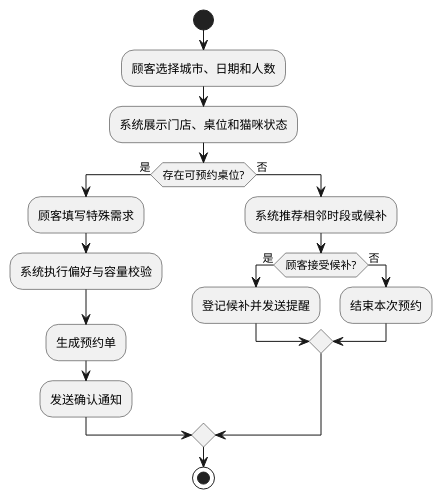
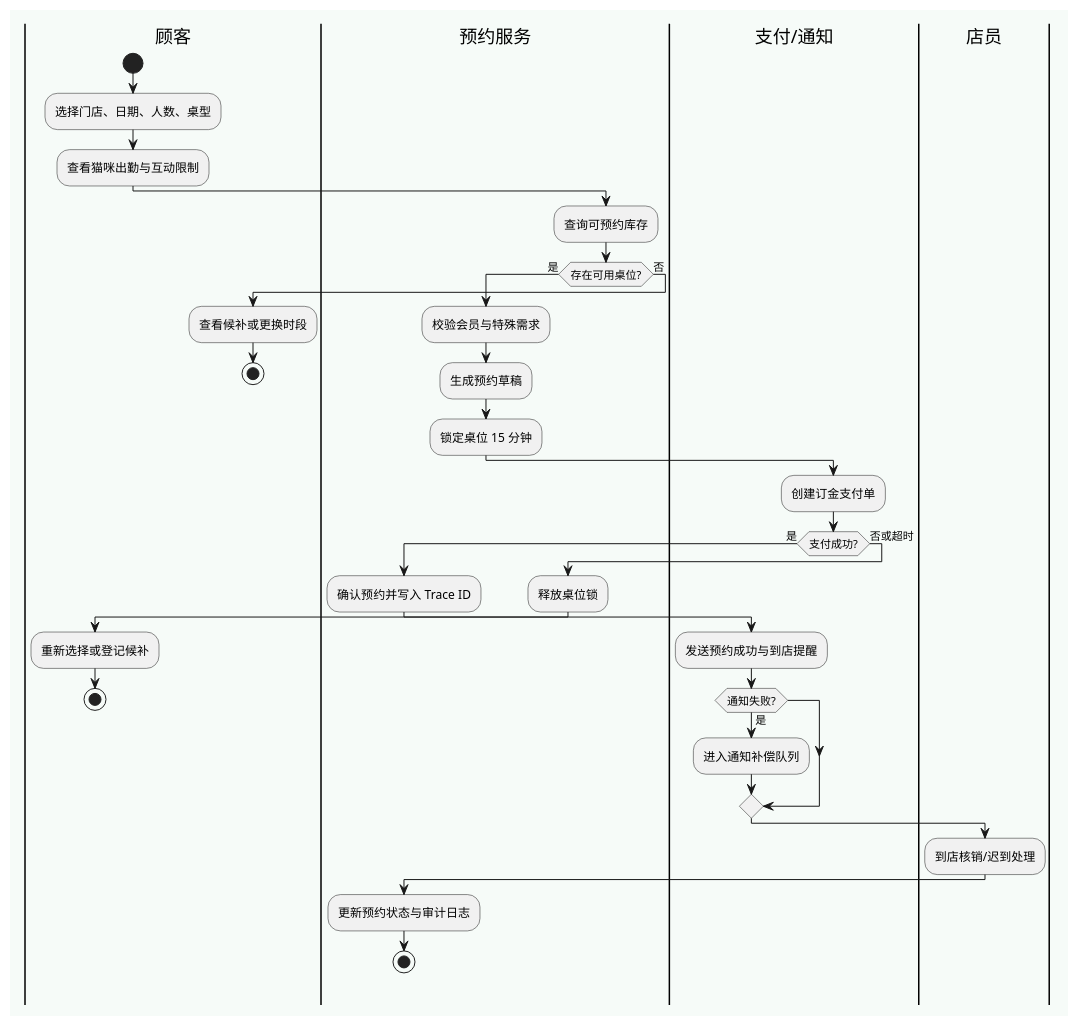
The diagram in 实验一_智能化需求工程与UML建模/D1-4_UML模型集/activity/桌位预约活动图.puml (EridanusQ/BJFU-SoftwareEngineer), drawn with PlantUML before and after one commit. The commit also changed 40 other files, not shown here.

Commit message:
docs(lab1): polish D1-4 UML and D1-5 traceability

```diff
--- a/实验一_智能化需求工程与UML建模/D1-4_UML模型集/activity/桌位预约活动图.puml
+++ b/实验一_智能化需求工程与UML建模/D1-4_UML模型集/activity/桌位预约活动图.puml
@@ -1,19 +1,42 @@
 @startuml
+skinparam backgroundColor #F6FBF8
+skinparam shadowing false
+skinparam defaultFontName Microsoft YaHei
+|顾客|
 start
-:顾客选择城市、日期和人数;
-:系统展示门店、桌位和猫咪状态;
-if (存在可预约桌位?) then (是)
-  :顾客填写特殊需求;
-  :系统执行偏好与容量校验;
-  :生成预约单;
-  :发送确认通知;
+:选择门店、日期、人数、桌型;
+:查看猫咪出勤与互动限制;
+|预约服务|
+:查询可预约库存;
+if (存在可用桌位?) then (是)
+  :校验会员与特殊需求;
+  :生成预约草稿;
+  :锁定桌位 15 分钟;
+  |支付/通知|
+  :创建订金支付单;
+  if (支付成功?) then (是)
+    |预约服务|
+    :确认预约并写入 Trace ID;
+    |支付/通知|
+    :发送预约成功与到店提醒;
+    if (通知失败?) then (是)
+      :进入通知补偿队列;
+    endif
+    |店员|
+    :到店核销/迟到处理;
+    |预约服务|
+    :更新预约状态与审计日志;
+    stop
+  else (否或超时)
+    |预约服务|
+    :释放桌位锁;
+    |顾客|
+    :重新选择或登记候补;
+    stop
+  endif
 else (否)
-  :系统推荐相邻时段或候补;
-  if (顾客接受候补?) then (是)
-    :登记候补并发送提醒;
-  else (否)
-    :结束本次预约;
-  endif
+  |顾客|
+  :查看候补或更换时段;
+  stop
 endif
-stop
 @enduml
```
